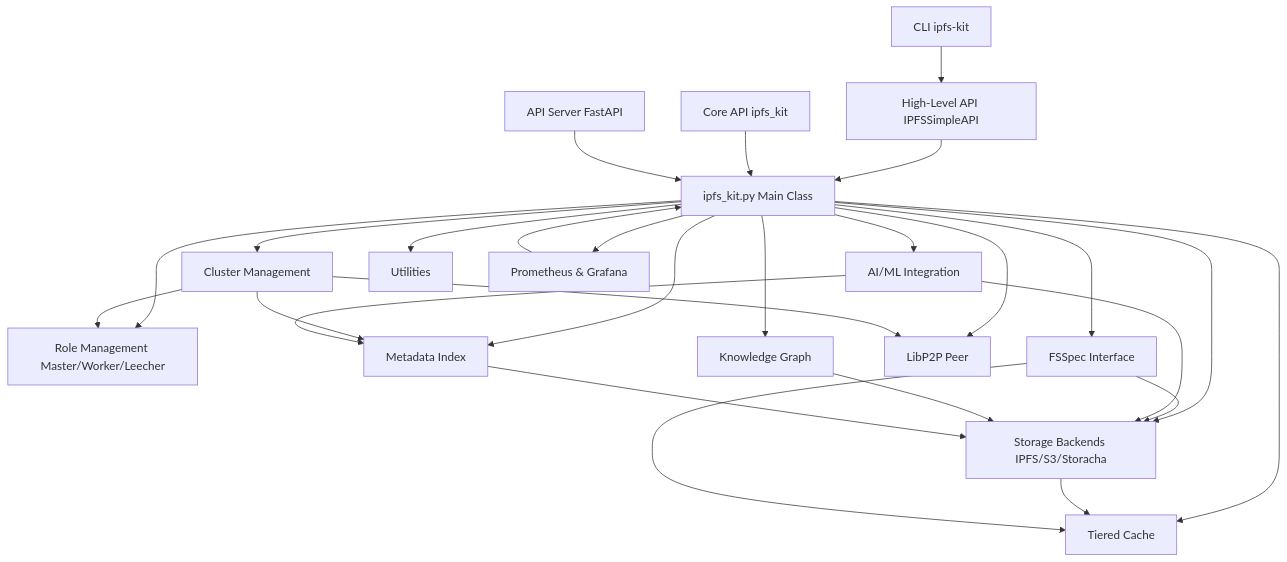
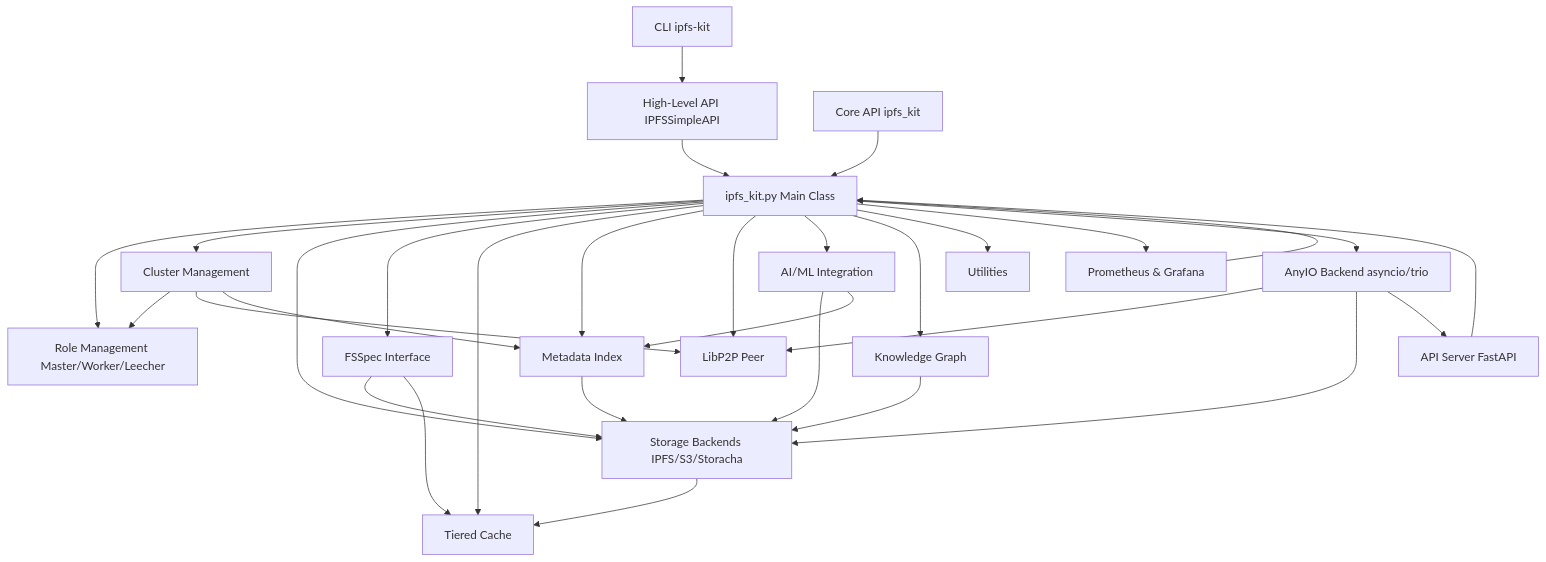
One commit to endomorphosis/ipfs_kit_py changed the diagram in README.md. Above: the diagram before and after it, drawn with Mermaid. The commit also changed other lines of this file and 89 other files, not shown here.

````diff
--- a/README.md
+++ b/README.md
@@ -20,49 +21,54 @@
 ```mermaid
 graph TD
     CLI[CLI ipfs-kit]
     HLAPI[High-Level API IPFSSimpleAPI]
     CoreAPI[Core API ipfs_kit]
     APIServer[API Server FastAPI]
     
     Kit[ipfs_kit.py Main Class]
     Roles[Role Management Master/Worker/Leecher]
     ClusterMgmt[Cluster Management]
     Storage[Storage Backends IPFS/S3/Storacha]
     FSSpec[FSSpec Interface]
     Cache[Tiered Cache]
     Metadata[Metadata Index]
     LibP2P[LibP2P Peer]
     AIML[AI/ML Integration]
     KnowledgeGraph[Knowledge Graph]
     Utils[Utilities]
     Observability[Prometheus & Grafana]
+    AnyIO[AnyIO Backend asyncio/trio]
 
     CLI --> HLAPI
     HLAPI --> Kit
     CoreAPI --> Kit
     APIServer --> Kit
 
     Kit --> Roles
     Kit --> ClusterMgmt
     Kit --> Storage
     Kit --> FSSpec
     Kit --> Cache
     Kit --> Metadata
     Kit --> LibP2P
     Kit --> AIML
     Kit --> KnowledgeGraph
     Kit --> Utils
     Kit --> Observability
+    Kit --> AnyIO
 
     ClusterMgmt --> Roles
     ClusterMgmt --> LibP2P
     ClusterMgmt --> Metadata
     Storage --> Cache
     FSSpec --> Storage
     FSSpec --> Cache
     AIML --> Storage
     AIML --> Metadata
     KnowledgeGraph --> Storage
     Metadata --> Storage
     Observability --> Kit
+    AnyIO --> LibP2P
+    AnyIO --> Storage
+    AnyIO --> APIServer
 ```
````
